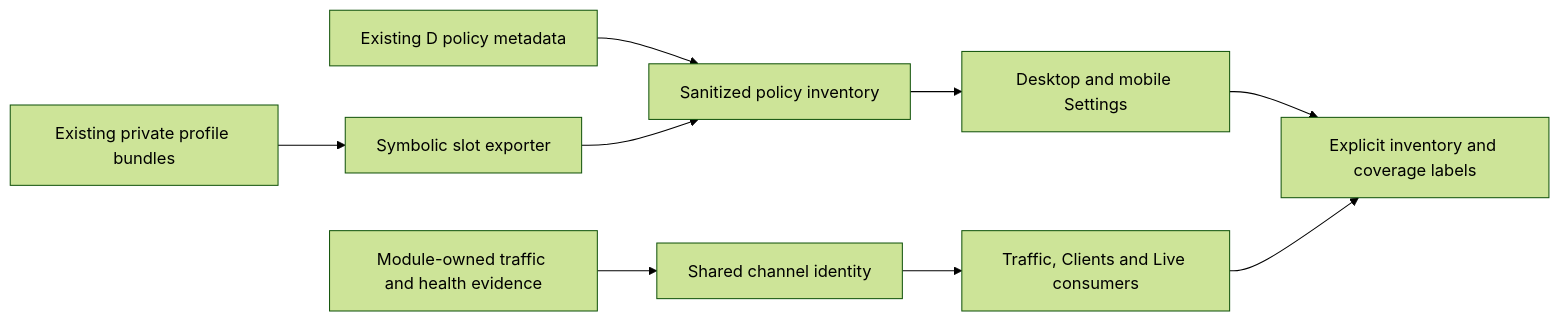
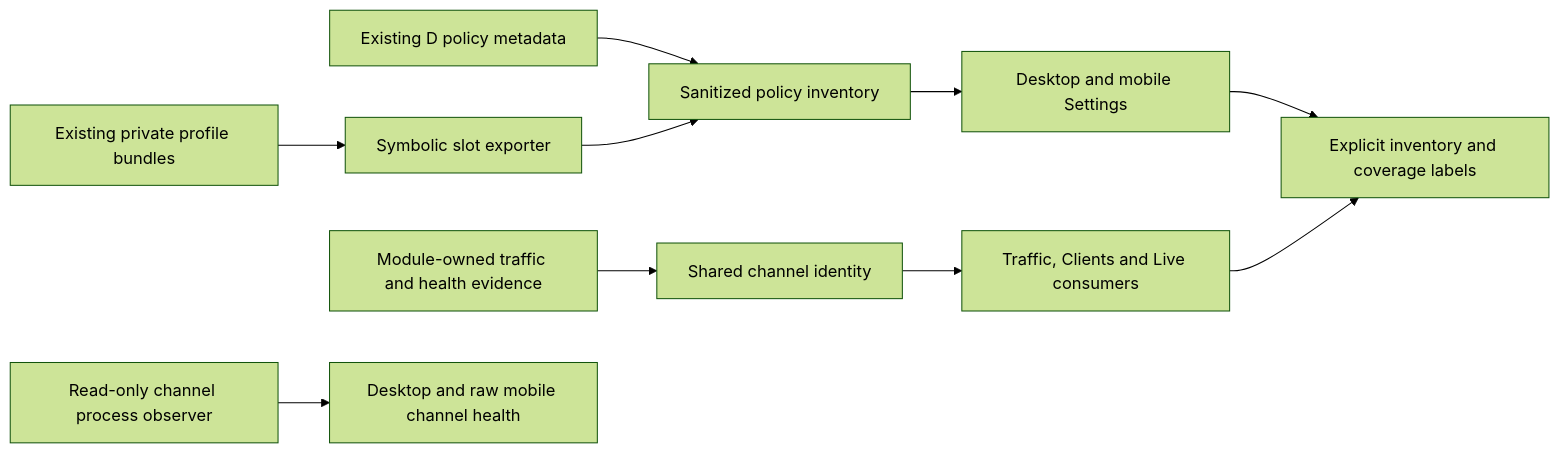
Before and after one commit to eiler2005/ghostroute: the diagram in modules/ghostroute-console/docs/channel-observability-plan.md, drawn with Mermaid (forest theme). The commit also changed other lines of this file and 28 other files, not shown here.

Commit message:
Add channel runtime health to Console and bound production read-model work

````diff
--- a/modules/ghostroute-console/docs/channel-observability-plan.md
+++ b/modules/ghostroute-console/docs/channel-observability-plan.md
@@ -27,11 +40,12 @@
 ```mermaid
 flowchart LR
   Bundles[Existing private profile bundles] --> Export[Symbolic slot exporter]
   Vault[Existing D policy metadata] --> Inventory[Sanitized policy inventory]
   Export --> Inventory
   Facts[Module-owned traffic and health evidence] --> Identity[Shared channel identity]
   Inventory --> Settings[Desktop and mobile Settings]
   Identity --> Views[Traffic, Clients and Live consumers]
+  Observer[Read-only channel process observer] --> Health[Desktop and raw mobile channel health]
   Settings --> Coverage[Explicit inventory and coverage labels]
   Views --> Coverage
 ```
````
